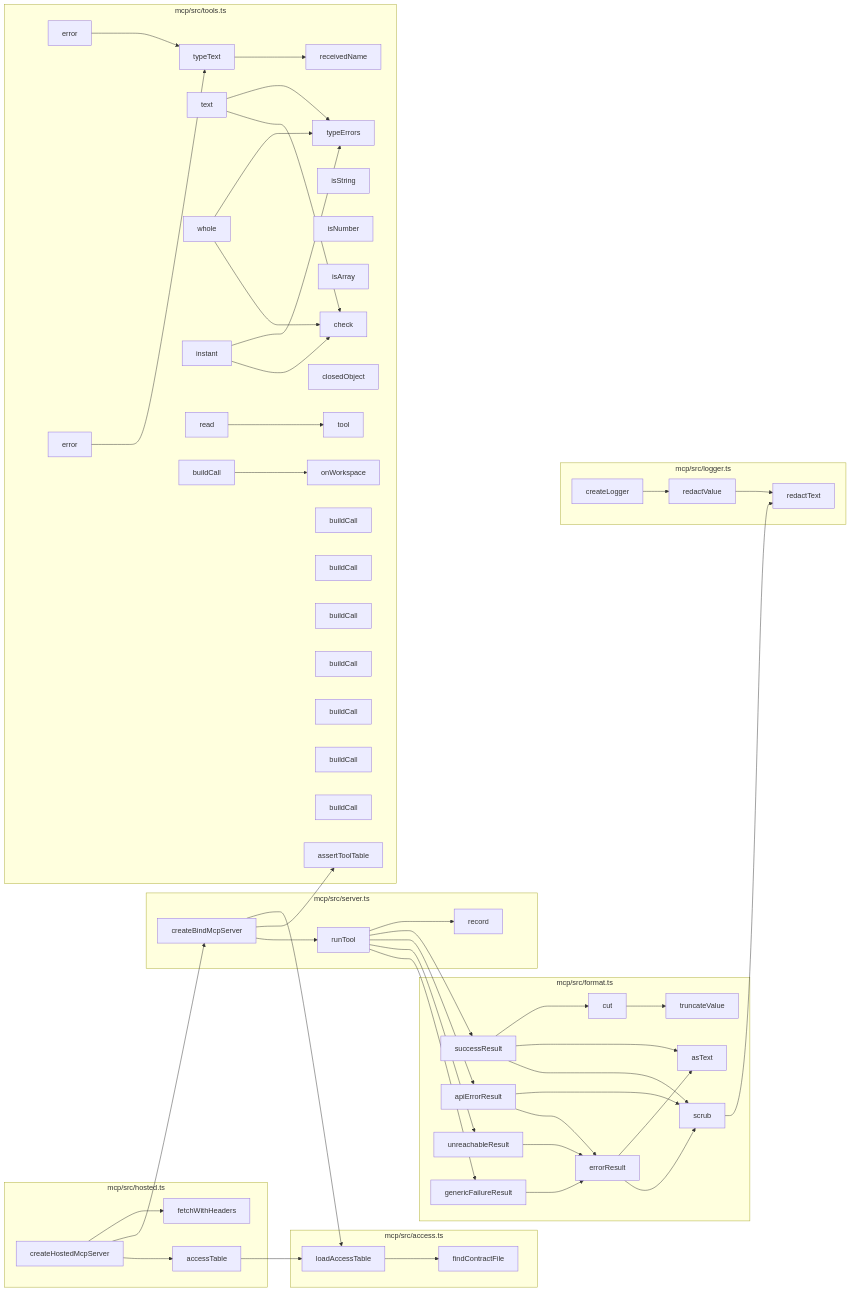
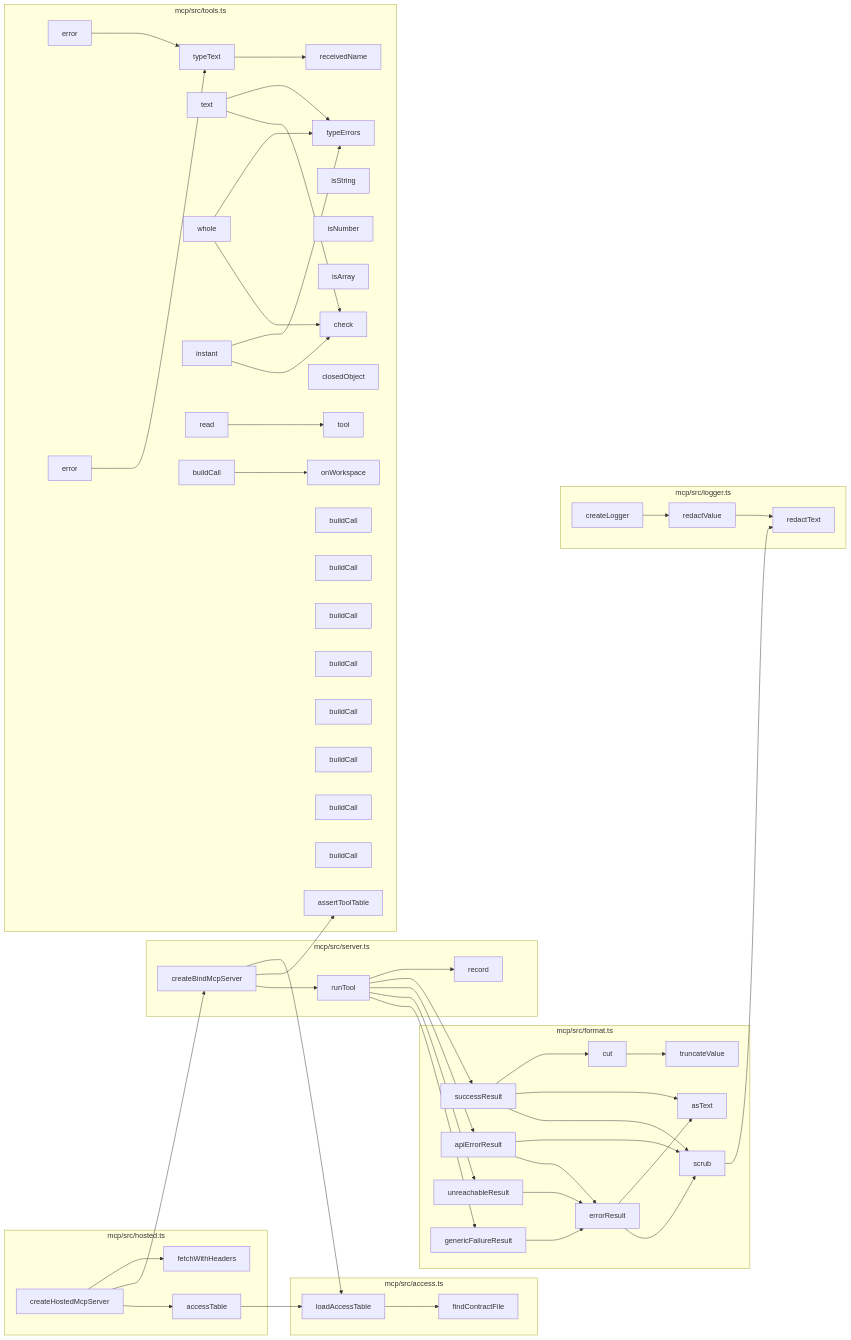
One commit to Jaydearcadian/bind changed the eighth of 11 diagrams in docs/CODEBASE_MAP.md. Above: the diagram before and after it, drawn with Mermaid. The commit also changed other lines of this file and 11 other files, not shown here.

```diff
--- a/docs/CODEBASE_MAP.md
+++ b/docs/CODEBASE_MAP.md
@@ -972,7 +983,8 @@
     n41["buildCall"]
     n42["buildCall"]
     n43["buildCall"]
-    n44["assertToolTable"]
+    n44["buildCall"]
+    n45["assertToolTable"]
   end
   n1 --> n0
   n3 --> n2
@@ -993,7 +1005,7 @@
   n15 --> n14
   n16 --> n15
   n17 --> n1
-  n17 --> n44
+  n17 --> n45
   n17 --> n18
   n18 --> n19
   n18 --> n6
```
